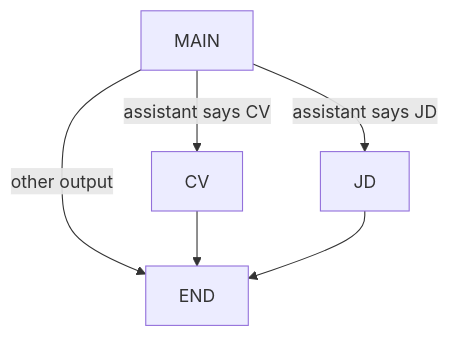
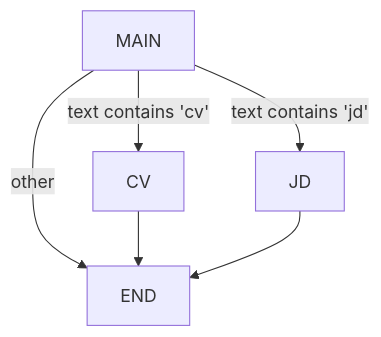
One commit to 10xHub/agentflow-docs changed the diagram in src/content/docs/examples/multiagent.md. Above: the diagram before and after it, drawn with Mermaid. The commit also changed other lines of this file and 130 other files, not shown here.

````diff
--- a/src/content/docs/examples/multiagent.md
+++ b/src/content/docs/examples/multiagent.md
@@ -31,8 +41,8 @@
 ```mermaid
 flowchart TD
-    A[MAIN] -->|assistant says CV| B[CV]
-    A -->|assistant says JD| C[JD]
-    A -->|other output| D[END]
+    A[MAIN] -->|text contains 'cv'| B[CV]
+    A -->|text contains 'jd'| C[JD]
+    A -->|other| D[END]
     B --> D
     C --> D
 ```
````
